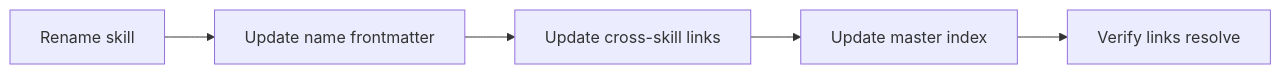
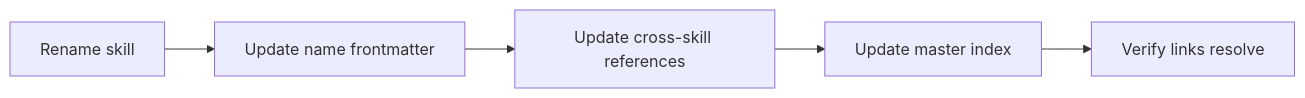
The diagram in .claude/skills/agent-skills-best-practices/references/cross-referencing.md (axross/ptcgp-deck-builder), drawn with Mermaid before and after one commit. The commit also changed other lines of this file and 47 other files, not shown here.

````diff
--- a/.claude/skills/agent-skills-best-practices/references/cross-referencing.md
+++ b/.claude/skills/agent-skills-best-practices/references/cross-referencing.md
@@ -82,7 +85,7 @@
 ```mermaid
 flowchart LR
   A[Rename skill] --> B[Update name frontmatter]
-  B --> C[Update cross-skill links]
+  B --> C[Update cross-skill references]
   C --> D[Update master index]
   D --> E[Verify links resolve]
 ```
````
